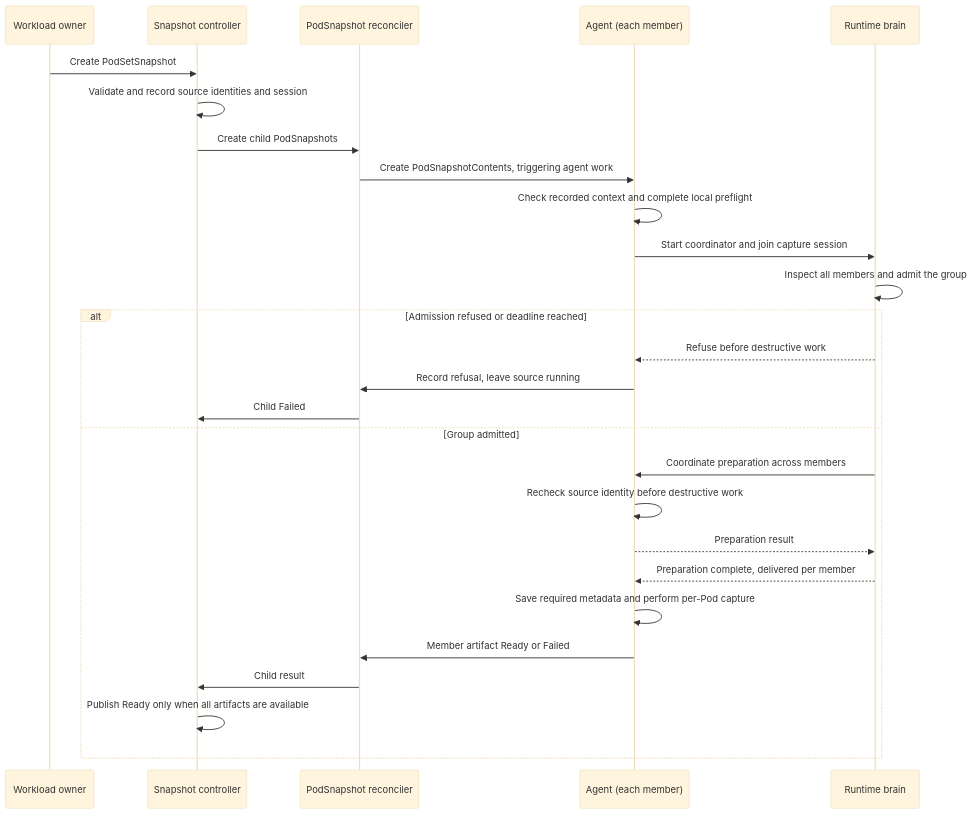
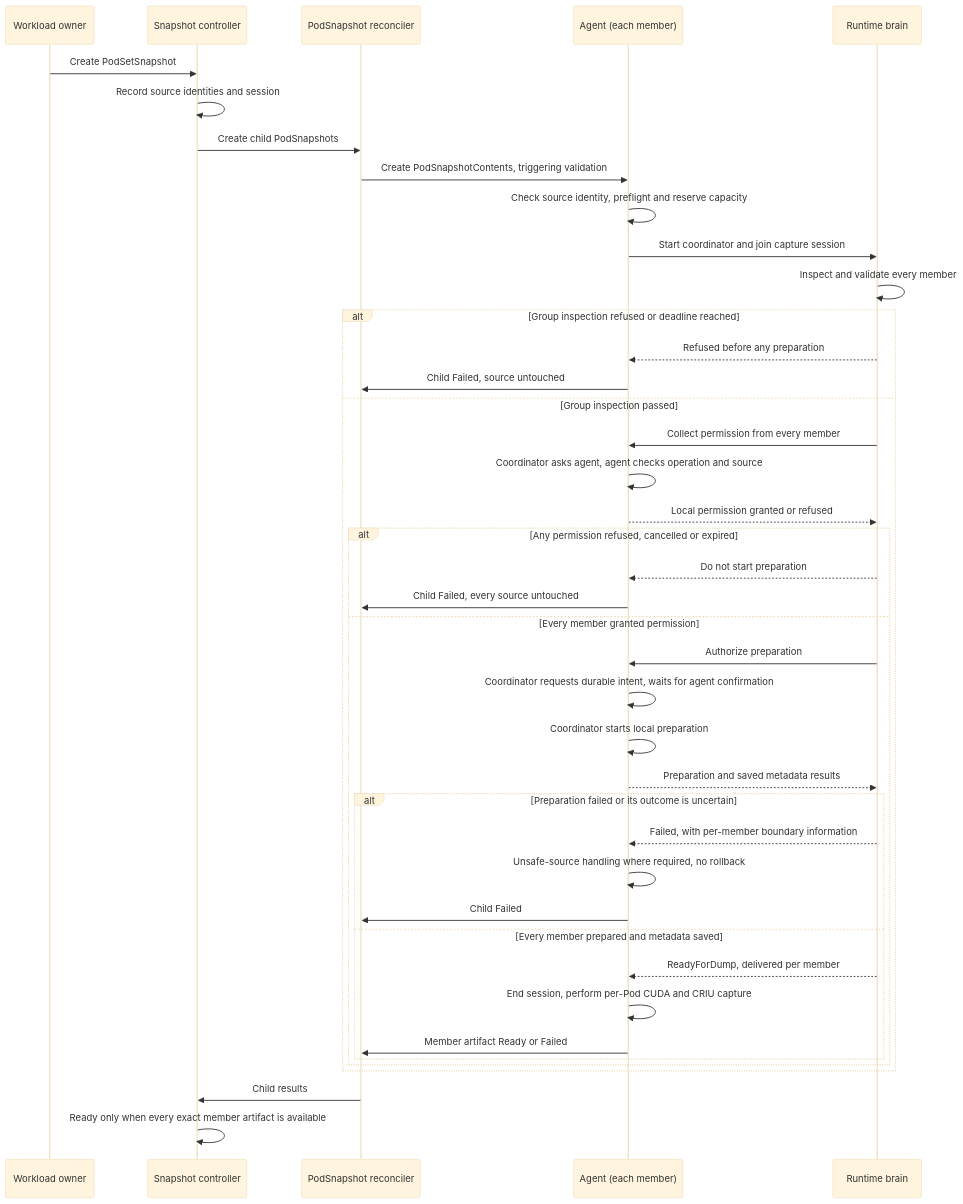
The fourth of 5 diagrams in docs/proposals/324-multi-pod-snapshot-restore/README.md (ai-dynamo/snapshot), drawn with Mermaid (base theme) before and after one commit. The commit also changed other lines of this file, not shown here.

Commit message:
docs: refine multi-pod runtime contract

````diff
--- a/docs/proposals/324-multi-pod-snapshot-restore/README.md
+++ b/docs/proposals/324-multi-pod-snapshot-restore/README.md
@@ -972,29 +1006,43 @@
 ```mermaid
 sequenceDiagram
     participant O as Workload owner
     participant C as Snapshot controller
     participant P as PodSnapshot reconciler
     participant A as Agent (each member)
     participant B as Runtime brain
     O->>C: Create PodSetSnapshot
-    C->>C: Validate and record source identities and session
+    C->>C: Record source identities and session
     C->>P: Create child PodSnapshots
-    P->>A: Create PodSnapshotContents, triggering agent work
-    A->>A: Check recorded context and complete local preflight
+    P->>A: Create PodSnapshotContents, triggering validation
+    A->>A: Check source identity, preflight and reserve capacity
     A->>B: Start coordinator and join capture session
-    B->>B: Inspect all members and admit the group
-    alt Admission refused or deadline reached
-        B-->>A: Refuse before destructive work
-        A->>P: Record refusal, leave source running
-        P->>C: Child Failed
-    else Group admitted
-        B->>A: Coordinate preparation across members
-        A->>A: Recheck source identity before destructive work
-        A-->>B: Preparation result
-        B-->>A: Preparation complete, delivered per member
-        A->>A: Save required metadata and perform per-Pod capture
-        A->>P: Member artifact Ready or Failed
-        P->>C: Child result
-        C->>C: Publish Ready only when all artifacts are available
+    B->>B: Inspect and validate every member
+    alt Group inspection refused or deadline reached
+        B-->>A: Refused before any preparation
+        A->>P: Child Failed, source untouched
+    else Group inspection passed
+        B->>A: Collect permission from every member
+        A->>A: Coordinator asks agent, agent checks operation and source
+        A-->>B: Local permission granted or refused
+        alt Any permission refused, cancelled or expired
+            B-->>A: Do not start preparation
+            A->>P: Child Failed, every source untouched
+        else Every member granted permission
+            B->>A: Authorize preparation
+            A->>A: Coordinator requests durable intent, waits for agent confirmation
+            A->>A: Coordinator starts local preparation
+            A-->>B: Preparation and saved metadata results
+            alt Preparation failed or its outcome is uncertain
+                B-->>A: Failed, with per-member boundary information
+                A->>A: Unsafe-source handling where required, no rollback
+                A->>P: Child Failed
+            else Every member prepared and metadata saved
+                B-->>A: ReadyForDump, delivered per member
+                A->>A: End session, perform per-Pod CUDA and CRIU capture
+                A->>P: Member artifact Ready or Failed
+            end
+        end
     end
+    P->>C: Child results
+    C->>C: Ready only when every exact member artifact is available
 ```
````
